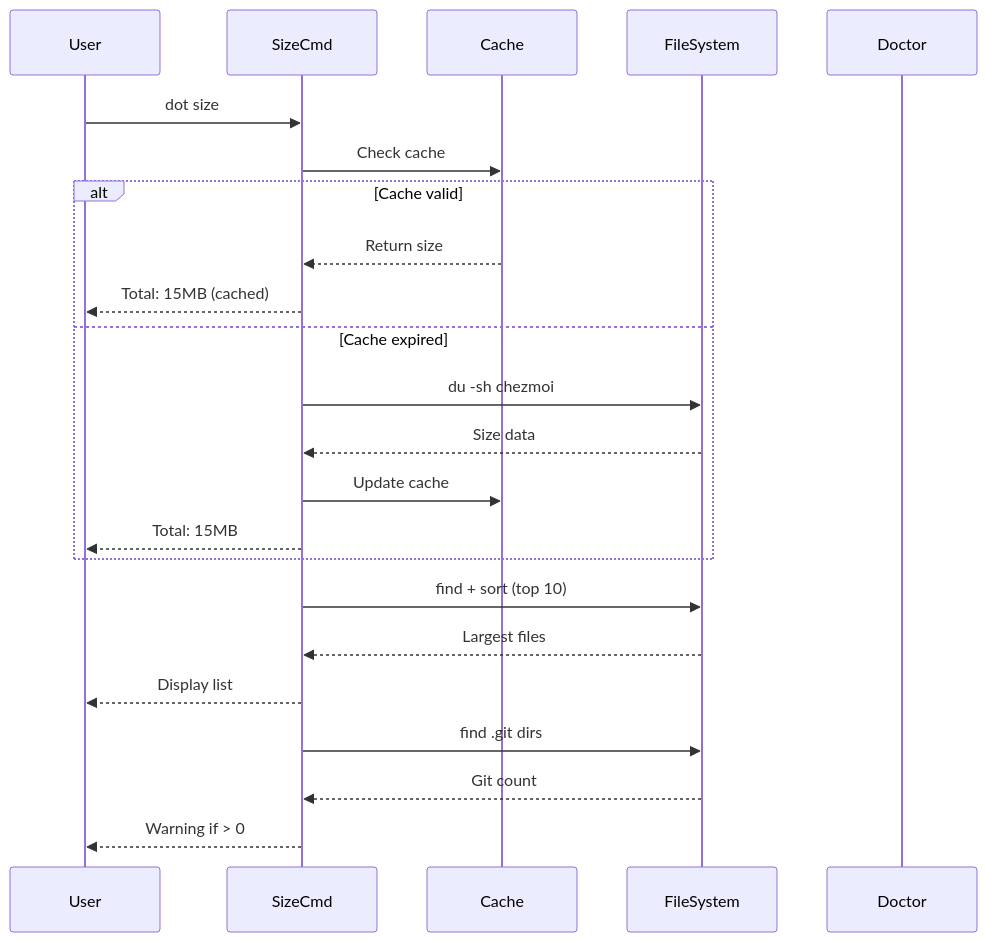
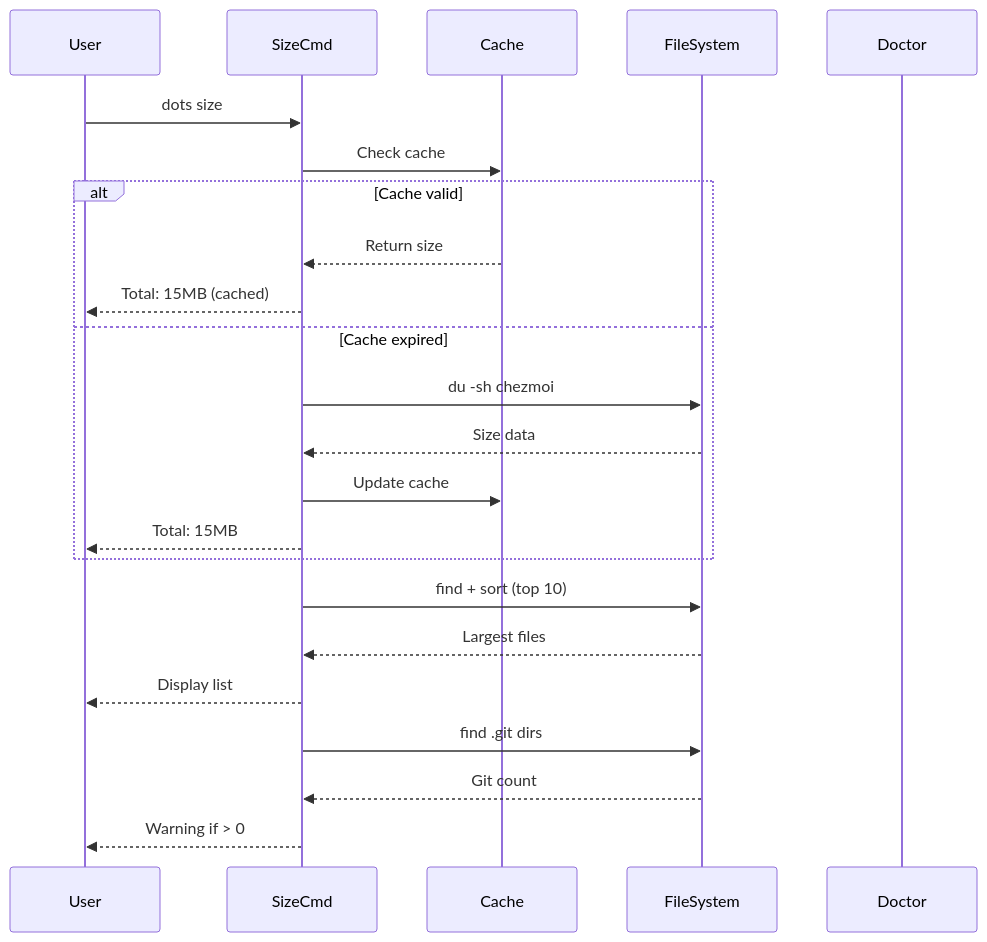
Before and after one commit to Data-Wise/flow-cli: the ninth of 15 diagrams in docs/architecture/DOT-SAFETY-ARCHITECTURE.md, drawn with Mermaid. The commit also changed other lines of this file and 91 other files, not shown here.

First line of the commit message:
feat: split dot dispatcher into dots, sec, tok (#381)

````diff
--- a/docs/architecture/DOT-SAFETY-ARCHITECTURE.md
+++ b/docs/architecture/DOT-SAFETY-ARCHITECTURE.md
@@ -512,29 +512,29 @@
 ```mermaid
 sequenceDiagram
     participant User
     participant SizeCmd
     participant Cache
     participant FileSystem
     participant Doctor
 
-    User->>SizeCmd: dot size
+    User->>SizeCmd: dots size
     SizeCmd->>Cache: Check cache
 
     alt Cache valid
         Cache-->>SizeCmd: Return size
         SizeCmd-->>User: Total: 15MB (cached)
     else Cache expired
         SizeCmd->>FileSystem: du -sh chezmoi
         FileSystem-->>SizeCmd: Size data
         SizeCmd->>Cache: Update cache
         SizeCmd-->>User: Total: 15MB
     end
 
     SizeCmd->>FileSystem: find + sort (top 10)
     FileSystem-->>SizeCmd: Largest files
     SizeCmd-->>User: Display list
 
     SizeCmd->>FileSystem: find .git dirs
     FileSystem-->>SizeCmd: Git count
     SizeCmd-->>User: Warning if > 0
 ```
````
